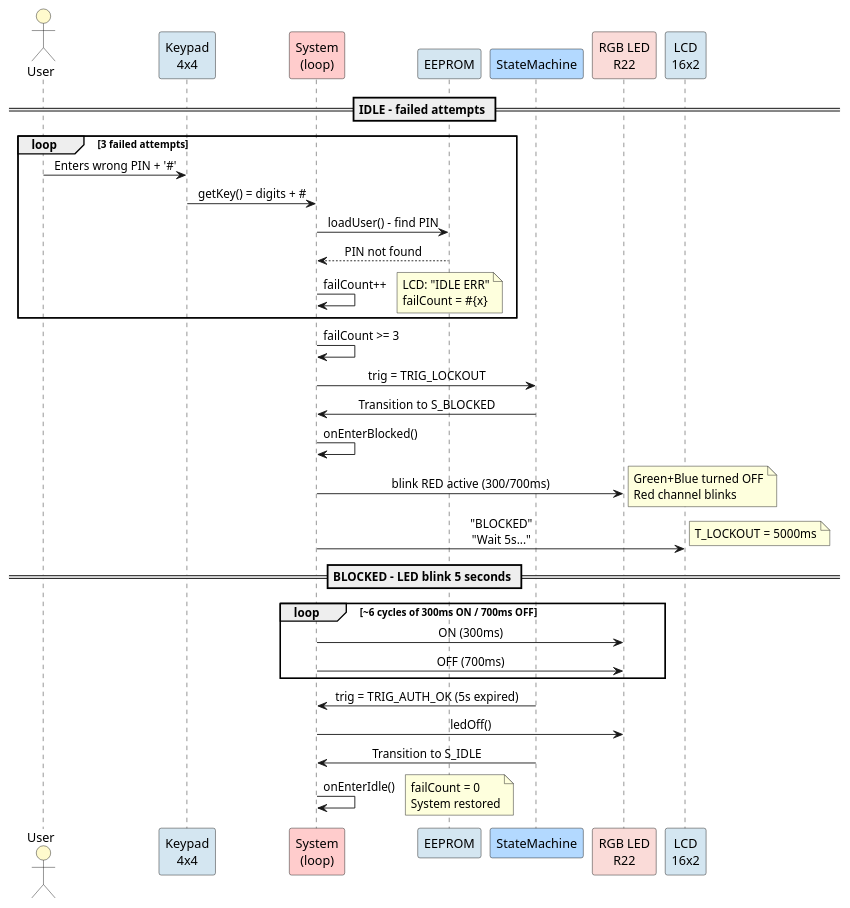
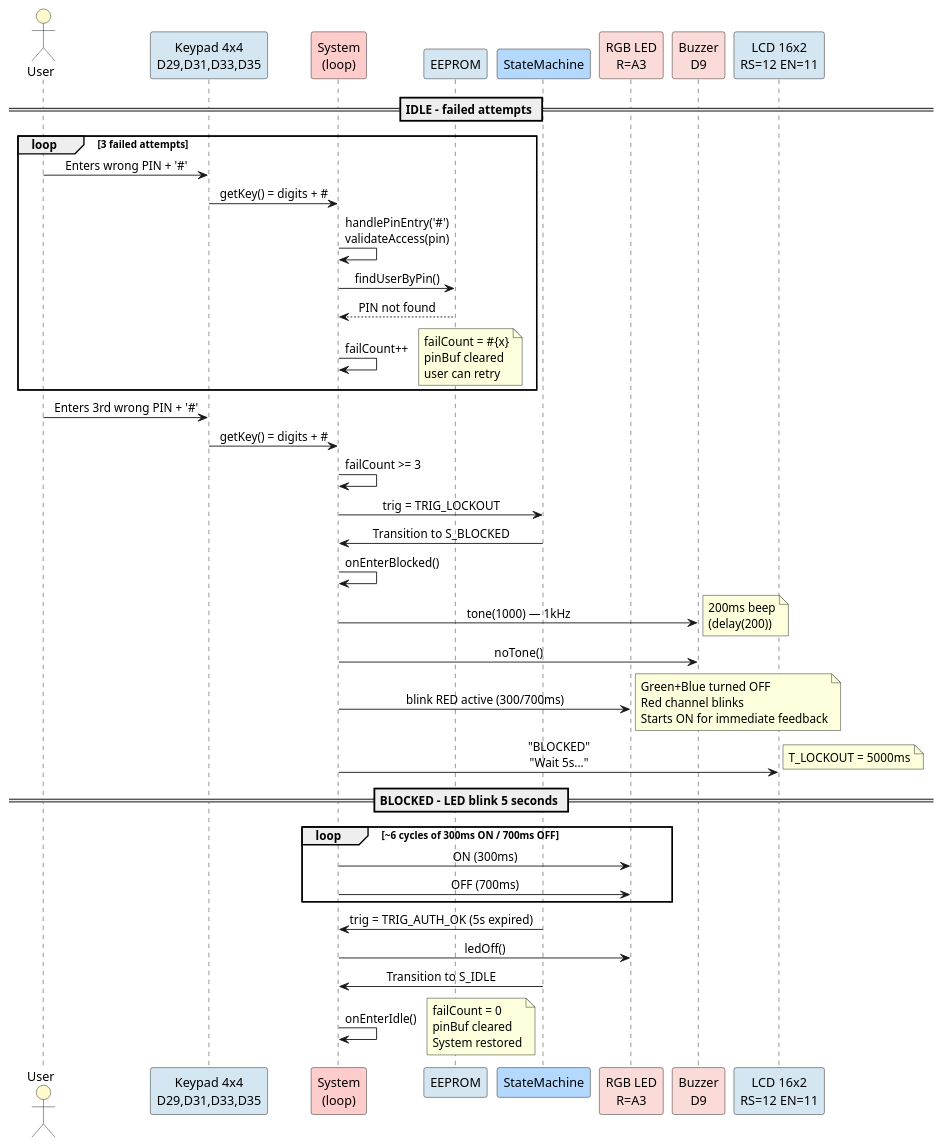
The diagram in docs/UML/sequence-blocked.puml (FernandoMulato/Final-Arduino-Project), drawn with PlantUML before and after one commit. The commit also changed 10 other files, not shown here.

First line of the commit message:
docs(uml): update diagrams and docs to match v4_main.ino

```diff
--- a/docs/UML/sequence-blocked.puml
+++ b/docs/UML/sequence-blocked.puml
@@ -1,51 +1,58 @@
 @startuml BlockedAttempts
 ' ====================================================================
-' Sequence diagram - Block after 3 failed attempts
-' PIN incorrect x3 -> BLOCKED 5s (LED 300/700ms) -> IDLE
+' Sequence diagram - Block after 3 failed attempts (v4_main.ino)
+' PIN incorrect x3 -> BLOCKED 5s (LED 300/700ms + buzzer beep) -> IDLE
 ' ====================================================================
 
 skinparam backgroundColor white
 skinparam defaultFontName SansSerif
 skinparam sequenceMessageAlign center
 
 actor "User" as USR #FFFACD
-participant "Keypad\n4x4" as KPD #D4E6F1
+participant "Keypad 4x4\nD29,D31,D33,D35" as KPD #D4E6F1
 participant "System\n(loop)" as SYS #FFCCCC
 participant "EEPROM" as EEP #D4E6F1
 participant "StateMachine" as FSM #B3D9FF
-participant "RGB LED\nR22" as RGB #FADBD8
-participant "LCD\n16x2" as LCD #D4E6F1
+participant "RGB LED\nR=A3" as RGB #FADBD8
+participant "Buzzer\nD9" as BUZ #FADBD8
+participant "LCD 16x2\nRS=12 EN=11" as LCD #D4E6F1
 
 == IDLE - failed attempts ==
 
 loop 3 failed attempts
   USR -> KPD: Enters wrong PIN + '#'
   KPD -> SYS: getKey() = digits + #
-  SYS -> EEP: loadUser() - find PIN
+  SYS -> SYS: handlePinEntry('#')\nvalidateAccess(pin)
+  SYS -> EEP: findUserByPin()
   EEP --> SYS: PIN not found
   SYS -> SYS: failCount++
-  note right: LCD: "IDLE ERR"\nfailCount = #{x}
+  note right: failCount = #{x}\npinBuf cleared\nuser can retry
 end
 
+USR -> KPD: Enters 3rd wrong PIN + '#'
+KPD -> SYS: getKey() = digits + #
 SYS -> SYS: failCount >= 3
 SYS -> FSM: trig = TRIG_LOCKOUT
 FSM -> SYS: Transition to S_BLOCKED
 SYS -> SYS: onEnterBlocked()
+SYS -> BUZ: tone(1000) — 1kHz
+note right: 200ms beep\n(delay(200))
+SYS -> BUZ: noTone()
 SYS -> RGB: blink RED active (300/700ms)
-note right: Green+Blue turned OFF\nRed channel blinks
+note right: Green+Blue turned OFF\nRed channel blinks\nStarts ON for immediate feedback
 SYS -> LCD: "BLOCKED"\n"Wait 5s..."
 
 == BLOCKED - LED blink 5 seconds ==
 note right: T_LOCKOUT = 5000ms
 loop ~6 cycles of 300ms ON / 700ms OFF
   SYS -> RGB: ON (300ms)
   SYS -> RGB: OFF (700ms)
 end
 
 FSM -> SYS: trig = TRIG_AUTH_OK (5s expired)
 SYS -> RGB: ledOff()
 FSM -> SYS: Transition to S_IDLE
 SYS -> SYS: onEnterIdle()
-note right: failCount = 0\nSystem restored
+note right: failCount = 0\npinBuf cleared\nSystem restored
 
 @enduml
```
